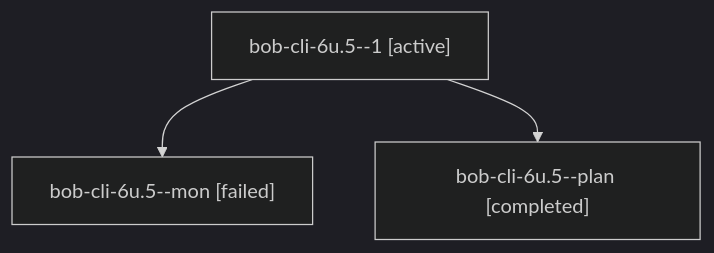
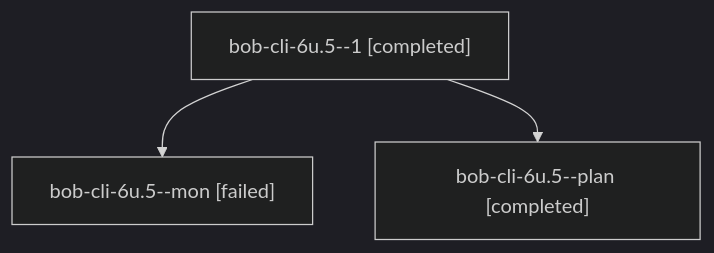
One commit to bobs-org/bob-cli--agents changed the diagram in sessions/bbugyi200.apollo.bob-cli-6u.5.md. Above: the diagram before and after it, drawn with Mermaid (dark theme). The commit also changed other lines of this file and 37 other files, not shown here.

````diff
--- a/sessions/bbugyi200.apollo.bob-cli-6u.5.md
+++ b/sessions/bbugyi200.apollo.bob-cli-6u.5.md
@@ -9,8 +9,8 @@
 ```mermaid
 flowchart TD
-  n0["bob-cli-6u.5--1 [active]"]
+  n0["bob-cli-6u.5--1 [completed]"]
   n1["bob-cli-6u.5--mon [failed]"]
   n0 --> n1
   n2["bob-cli-6u.5--plan [completed]"]
   n0 --> n2
 ```
````
